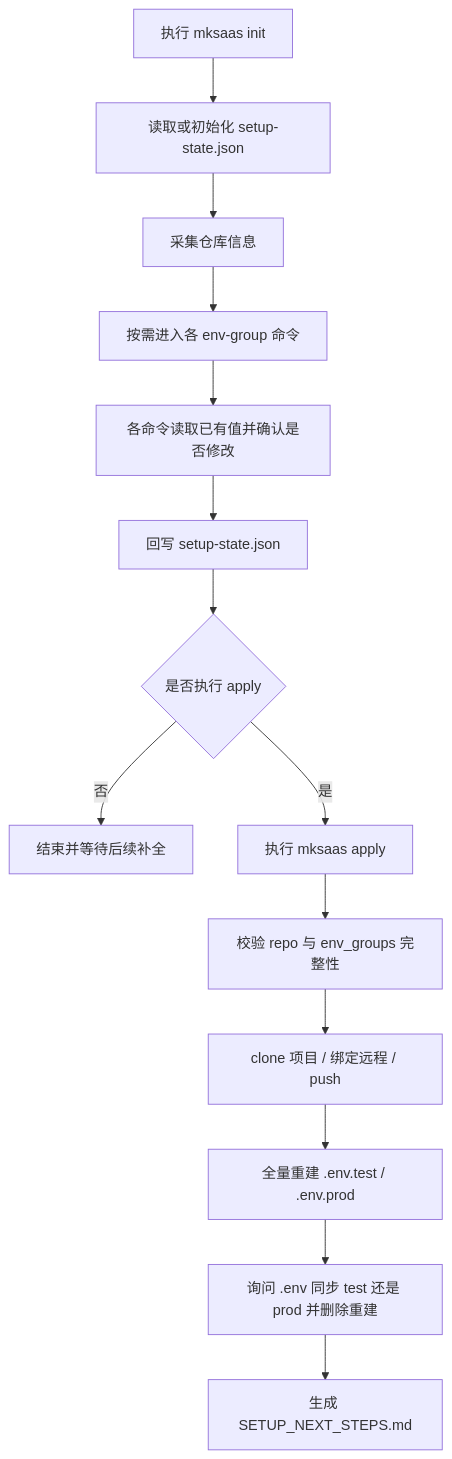
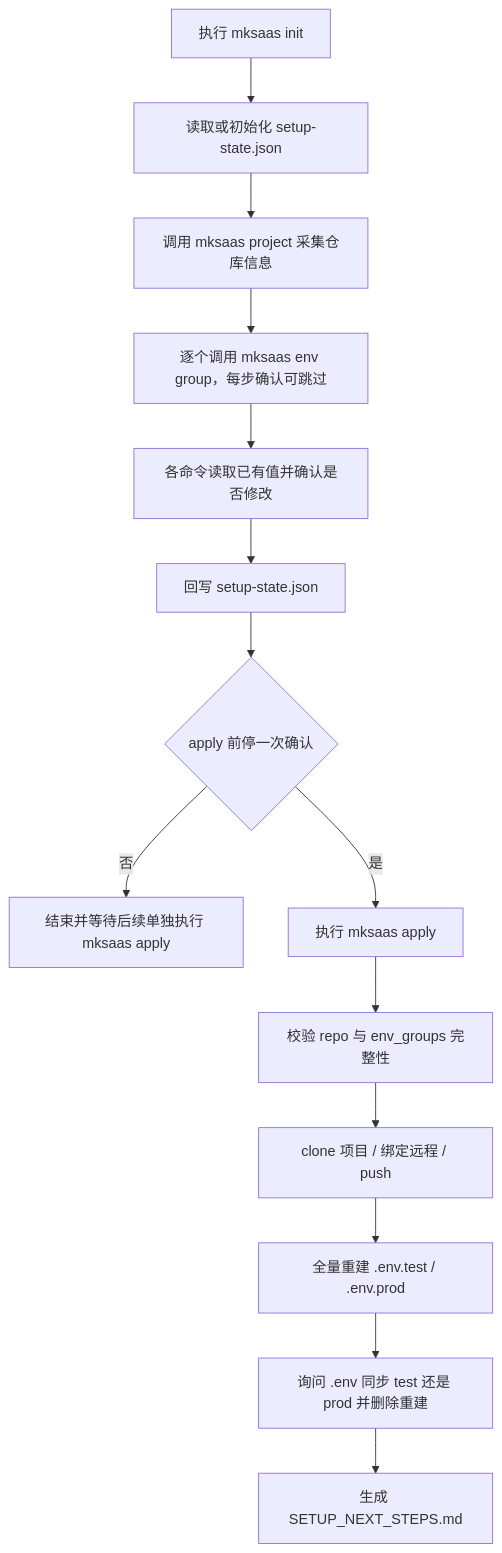
Before and after one commit to CaffeineOddity/mksaas_command: the first of 2 diagrams in REQUIREMENTS.md, drawn with Mermaid. The commit also changed other lines of this file and 4 other files, not shown here.

````diff
--- a/REQUIREMENTS.md
+++ b/REQUIREMENTS.md
@@ -209,16 +213,16 @@
 ```mermaid
 flowchart TD
     A[执行 mksaas init] --> B[读取或初始化 setup-state.json]
-    B --> C[采集仓库信息]
-    C --> D[按需进入各 env-group 命令]
+    B --> C[调用 mksaas project 采集仓库信息]
+    C --> D[逐个调用 mksaas env group，每步确认可跳过]
     D --> E[各命令读取已有值并确认是否修改]
     E --> F[回写 setup-state.json]
-    F --> G{是否执行 apply}
-    G -->|否| H[结束并等待后续补全]
+    F --> G{apply 前停一次确认}
+    G -->|否| H[结束并等待后续单独执行 mksaas apply]
     G -->|是| I[执行 mksaas apply]
     I --> J[校验 repo 与 env_groups 完整性]
     J --> K[clone 项目 / 绑定远程 / push]
     K --> L[全量重建 .env.test / .env.prod]
     L --> N[询问 .env 同步 test 还是 prod 并删除重建]
     N --> O[生成 SETUP_NEXT_STEPS.md]
 ```
````
